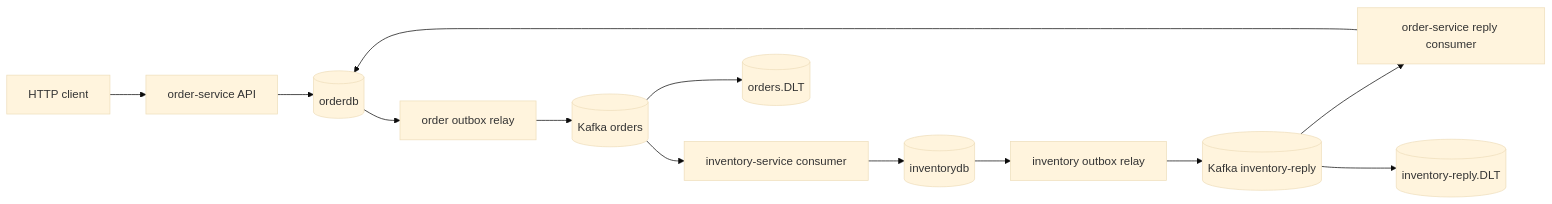
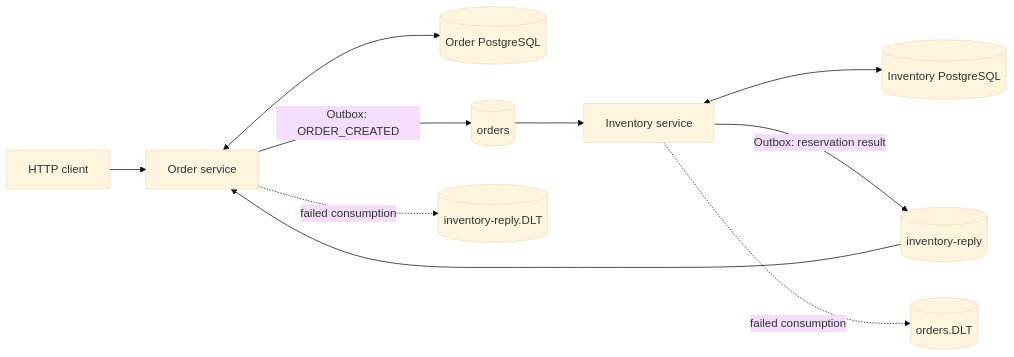
One commit to hosseinkhoshkar/kafka-order-system changed the first of 2 diagrams in README.md. Above: the diagram before and after it, drawn with Mermaid (base theme). The commit also changed other lines of this file, not shown here.

````diff
--- a/README.md
+++ b/README.md
@@ -29,15 +22,12 @@
 ```mermaid
 flowchart LR
-    Client[HTTP client] --> OrderApi[order-service API]
-    OrderApi --> OrderDb[(orderdb)]
-    OrderDb --> OrderOutbox[order outbox relay]
-    OrderOutbox --> OrdersTopic[(Kafka orders)]
-    OrdersTopic --> InventoryConsumer[inventory-service consumer]
-    InventoryConsumer --> InventoryDb[(inventorydb)]
-    InventoryDb --> InventoryOutbox[inventory outbox relay]
-    InventoryOutbox --> ReplyTopic[(Kafka inventory-reply)]
-    ReplyTopic --> ReplyConsumer[order-service reply consumer]
-    ReplyConsumer --> OrderDb
-    OrdersTopic --> OrdersDlt[(orders.DLT)]
-    ReplyTopic --> ReplyDlt[(inventory-reply.DLT)]
+    Client[HTTP client] --> Order[Order service]
+    Order <--> OrderDB[(Order PostgreSQL)]
+    Order -->|Outbox: ORDER_CREATED| Orders[(orders)]
+    Orders --> Inventory[Inventory service]
+    Inventory <--> InventoryDB[(Inventory PostgreSQL)]
+    Inventory -->|Outbox: reservation result| Replies[(inventory-reply)]
+    Replies --> Order
+    Inventory -. failed consumption .-> OrdersDLT[(orders.DLT)]
+    Order -. failed consumption .-> RepliesDLT[(inventory-reply.DLT)]
 ```
````
